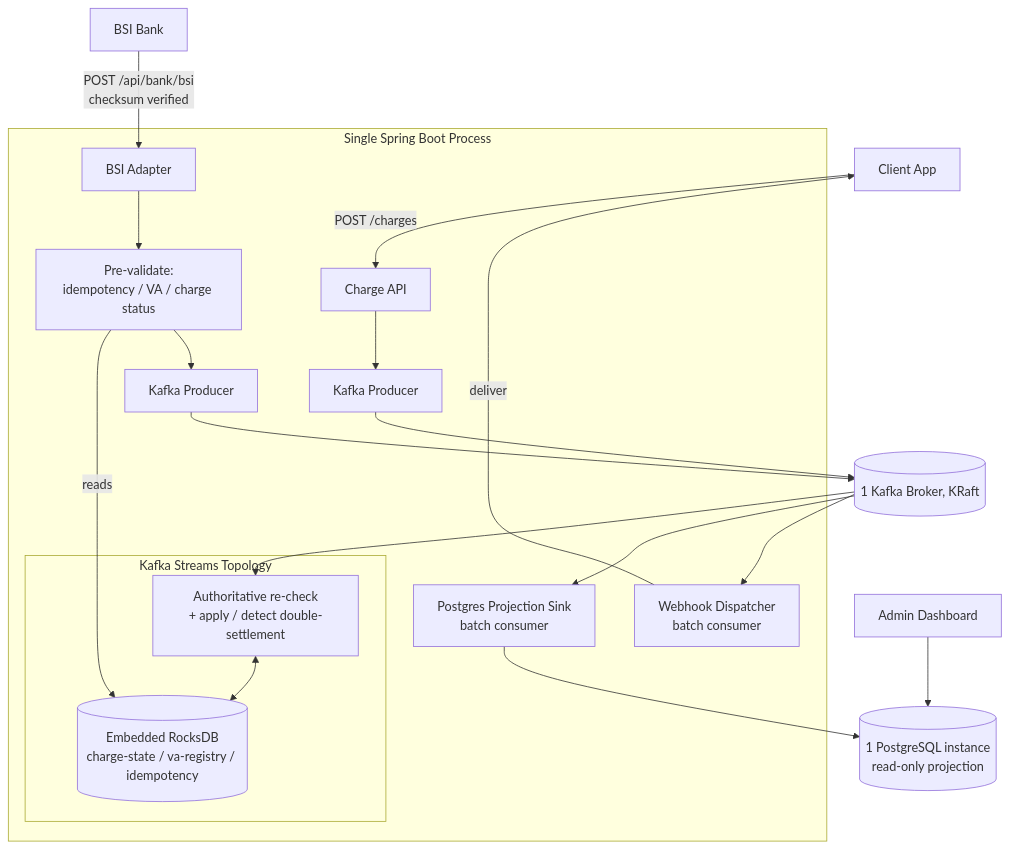
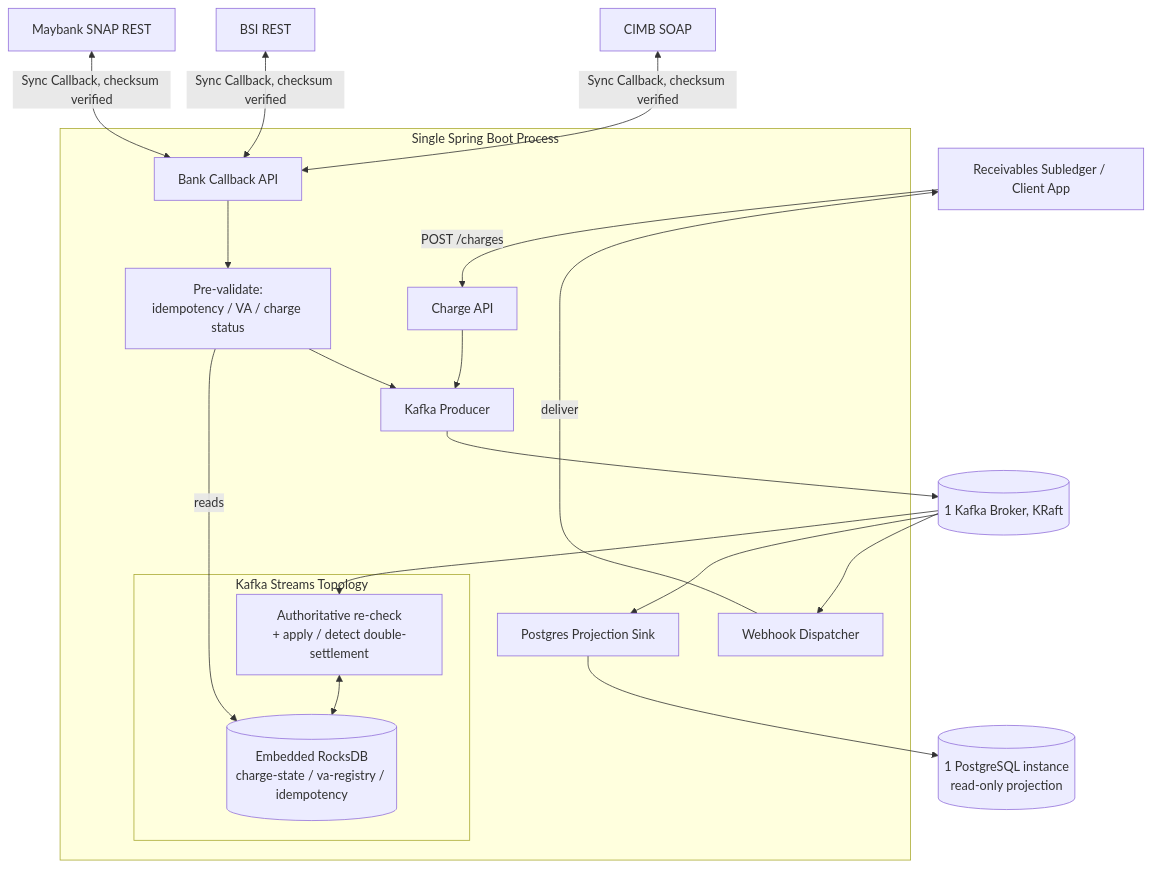
The second of 2 diagrams in docs/architecture-comparison.md (artivisi/payment-gateway), drawn with Mermaid before and after one commit. The commit also changed other lines of this file, not shown here.

````diff
--- a/docs/architecture-comparison.md
+++ b/docs/architecture-comparison.md
@@ -197,30 +68,30 @@
 ```mermaid
 flowchart TD
-  Client[Client App] -->|POST /charges| ChargeApi[Charge API]
-  Bank[BSI Bank] -->|POST /api/bank/bsi<br/>checksum verified| BsiAdapter[BSI Adapter]
+  AR[Receivables Subledger / Client App] -->|POST /charges| ChargeApi[Charge API]
+  Bank1[Maybank SNAP REST] <-->|Sync Callback, checksum verified| CallbackApi[Bank Callback API]
+  Bank2[BSI REST] <-->|Sync Callback, checksum verified| CallbackApi
+  Bank3[CIMB SOAP] <-->|Sync Callback, checksum verified| CallbackApi
 
   subgraph JVM [Single Spring Boot Process]
-    ChargeApi --> KafkaProducer1[Kafka Producer]
-    BsiAdapter --> PreValidate[Pre-validate:<br/>idempotency / VA / charge status]
+    ChargeApi --> KafkaProducer[Kafka Producer]
+    CallbackApi --> PreValidate[Pre-validate:<br/>idempotency / VA / charge status]
     PreValidate -->|reads| RocksDB[(Embedded RocksDB<br/>charge-state / va-registry / idempotency)]
-    PreValidate --> KafkaProducer2[Kafka Producer]
+    PreValidate --> KafkaProducer
 
     subgraph Streams [Kafka Streams Topology]
       Topology[Authoritative re-check<br/>+ apply / detect double-settlement]
       Topology <--> RocksDB
     end
 
-    ProjSink[Postgres Projection Sink<br/>batch consumer]
-    WebhookWorker[Webhook Dispatcher<br/>batch consumer]
+    ProjSink[Postgres Projection Sink]
+    WebhookWorker[Webhook Dispatcher]
   end
 
-  KafkaProducer1 --> Kafka[(1 Kafka Broker, KRaft)]
-  KafkaProducer2 --> Kafka
+  KafkaProducer --> Kafka[(1 Kafka Broker, KRaft)]
   Kafka --> Topology
   Kafka --> ProjSink
   Kafka --> WebhookWorker
 
   ProjSink --> Postgres[(1 PostgreSQL instance<br/>read-only projection)]
-  WebhookWorker -->|deliver| Client
-  AdminUI[Admin Dashboard] --> Postgres
+  WebhookWorker -->|deliver| AR
 ```
````
